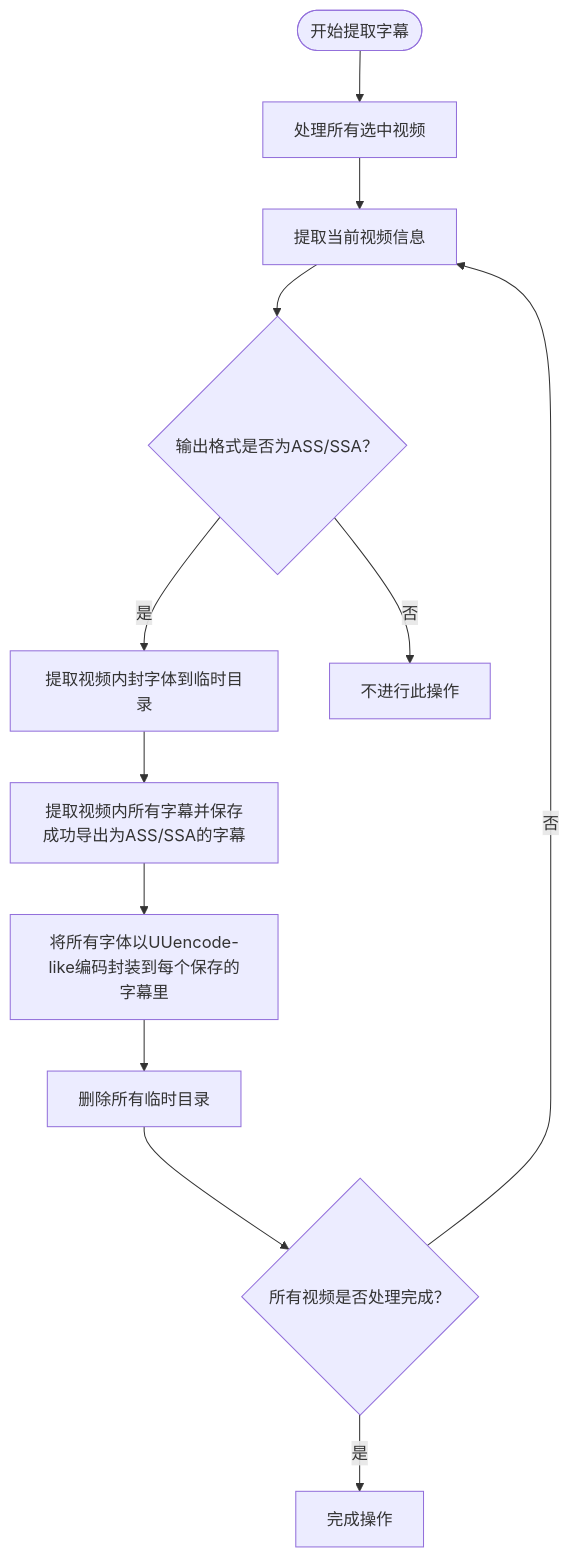
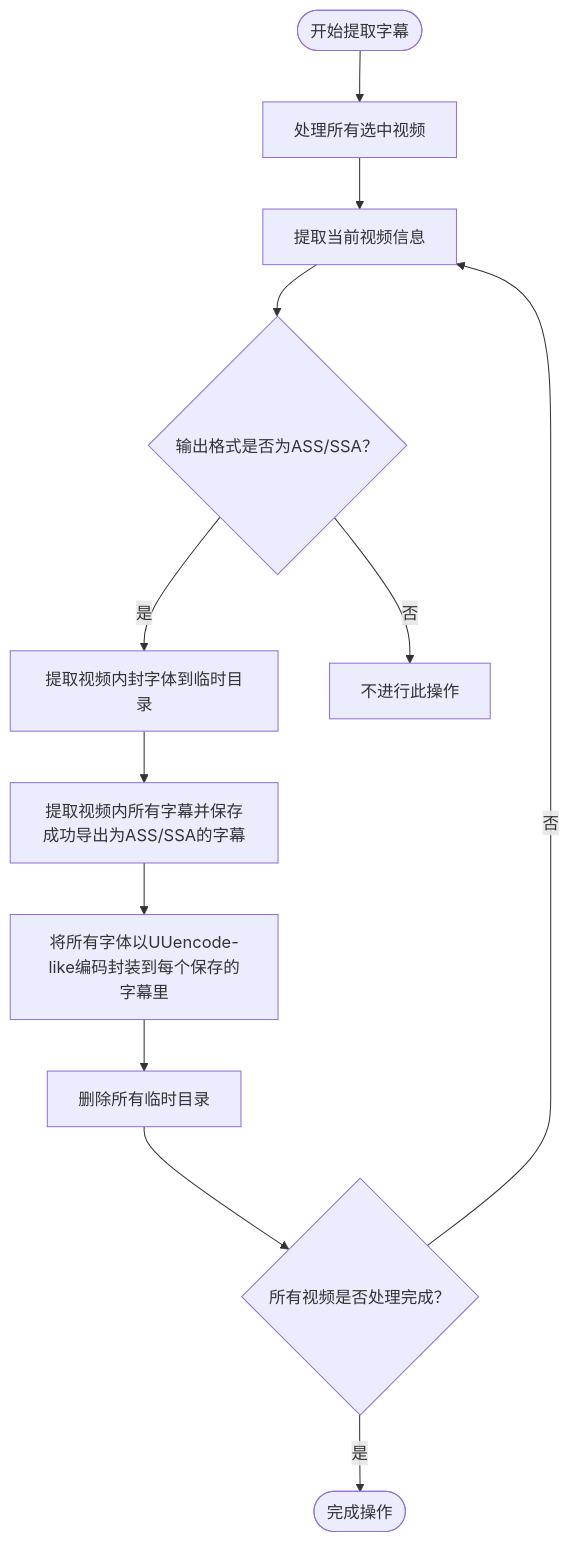
One commit to TCBOMC/Subtitle-Exporter changed the first of 4 diagrams in README.md. Above: the diagram before and after it, drawn with Mermaid. The commit also changed other lines of this file, not shown here.

````diff
--- a/README.md
+++ b/README.md
@@ -70,15 +70,15 @@
     ```mermaid
     flowchart TD
     A(["开始提取字幕"]) --> B["处理所有选中视频"]
     C{"输出格式是否为ASS/SSA？"} -- 是 --> D["提取视频内封字体到临时目录"]
     C -- 否 --> E["不进行此操作"]
     B --> n1["提取当前视频信息"]
     n1 --> C
     D --> n2["提取视频内所有字幕并保存成功导出为ASS/SSA的字幕"]
     n2 --> n3["将所有字体以UUencode-like编码封装到每个保存的字幕里"]
     n3 --> n4["删除所有临时目录"]
     n4 --> n5["所有视频是否处理完成？"]
-    n5 -- 是 --> n6["完成操作"]
+    n5 -- 是 --> n6(["完成操作"])
     n5 -- 否 --> n1
     n5@{ shape: diam}
     ```
````
